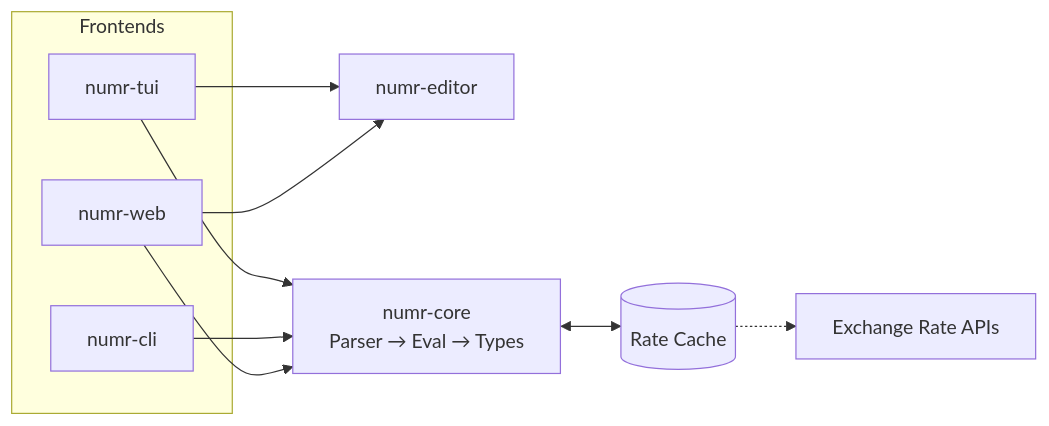
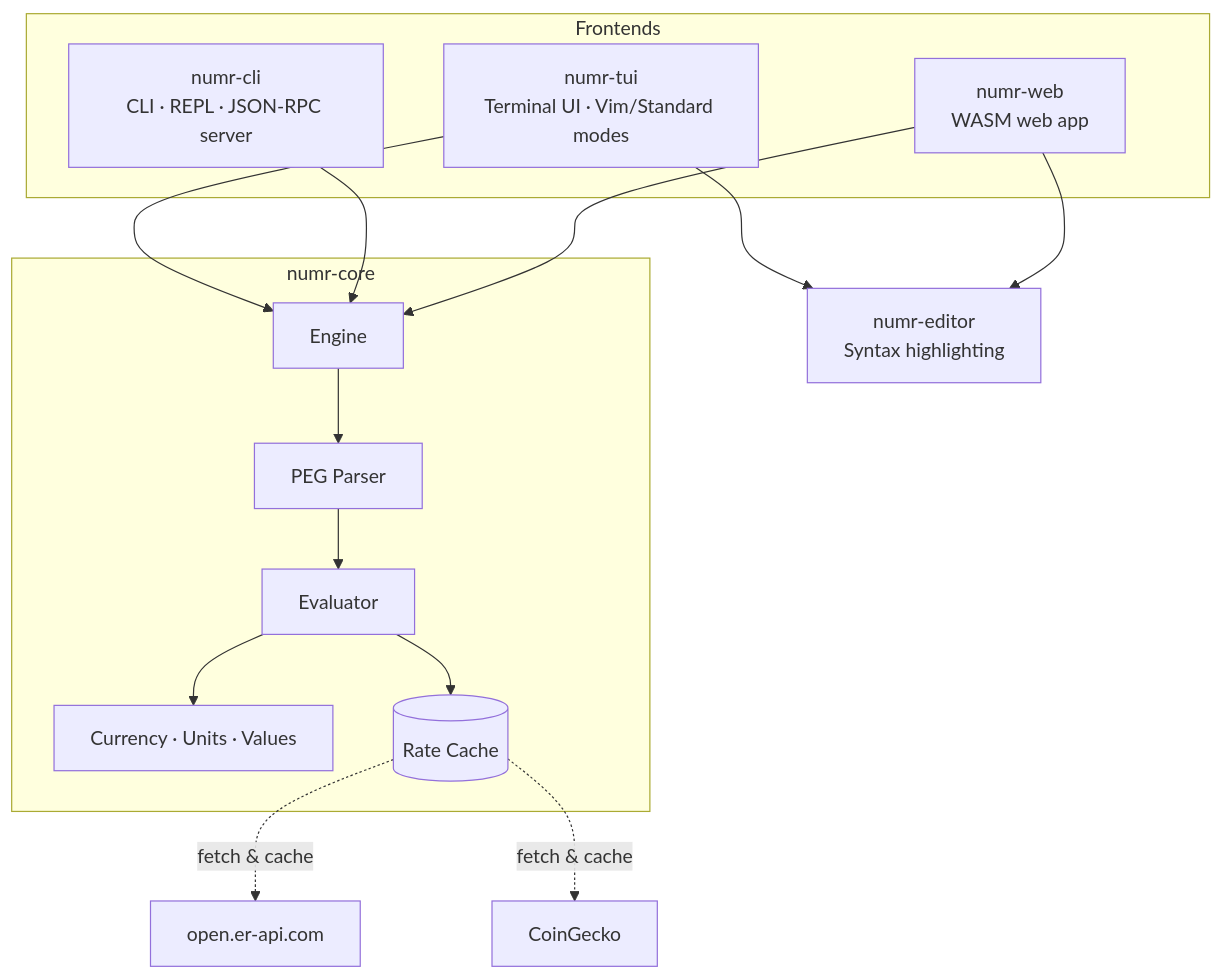
The diagram in README.md (nasedkinpv/numr), drawn with Mermaid before and after one commit.

Commit message:
docs: improve architecture diagram

````diff
--- a/README.md
+++ b/README.md
@@ -333,21 +333,25 @@
 ```mermaid
-graph LR
+graph TB
     subgraph Frontends
-        TUI[numr-tui]
-        CLI[numr-cli]
-        Web[numr-web]
+        TUI[numr-tui<br/>Terminal UI · Vim/Standard modes]
+        CLI[numr-cli<br/>CLI · REPL · JSON-RPC server]
+        Web[numr-web<br/>WASM web app]
     end
 
-    Editor[numr-editor]
-    Core[numr-core<br/>Parser → Eval → Types]
-    Cache[(Rate Cache)]
-    APIs[Exchange Rate APIs]
+    Editor[numr-editor<br/>Syntax highlighting]
 
-    TUI --> Core
-    TUI --> Editor
-    CLI --> Core
-    Web --> Core
-    Web --> Editor
-    Core <--> Cache
-    Cache -.-> APIs
+    subgraph Core[numr-core]
+        Engine[Engine]
+        Parser[PEG Parser] --> Eval[Evaluator]
+        Eval --> Types[Currency · Units · Values]
+        Eval --> Cache[(Rate Cache)]
+    end
+
+    Fiat[open.er-api.com]
+    Crypto[CoinGecko]
+
+    TUI & CLI & Web --> Engine
+    TUI & Web --> Editor
+    Engine --> Parser
+    Cache -.->|fetch & cache| Fiat & Crypto
 ```
````
